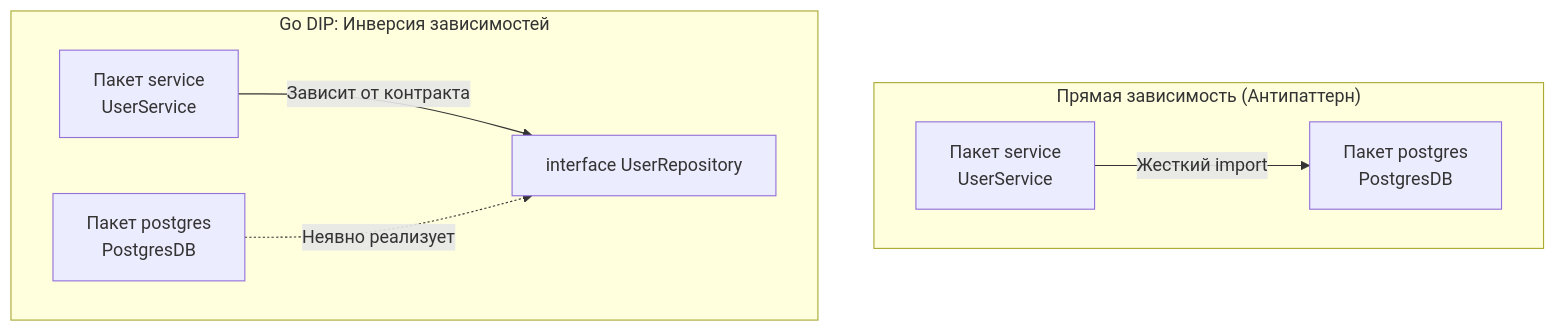
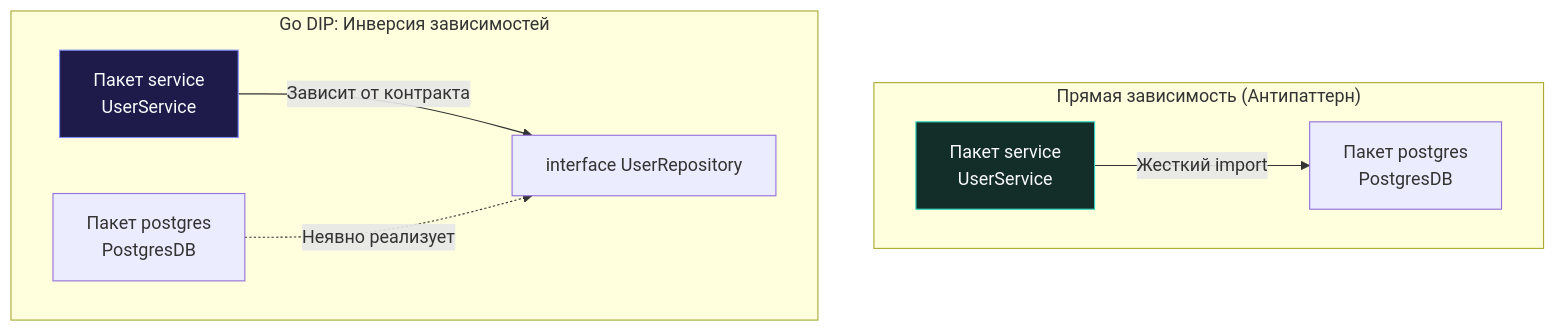
The diagram in sources/4. История и философия Go/17. SOLID в мире Go. Что осталось, а что изменилось.md (UnrealTemplier/go-textbook), drawn with Mermaid before and after one commit. The commit also changed 1666 other files, not shown here.

First line of the commit message:
feat(mermaid): add semantic color classDef to 1369 colorless flowchart/graph diagrams

````diff
--- a/sources/4. История и философия Go/17. SOLID в мире Go. Что осталось, а что изменилось.md
+++ b/sources/4. История и философия Go/17. SOLID в мире Go. Что осталось, а что изменилось.md
@@ -115,11 +115,21 @@
 ```mermaid
 flowchart TD
+    classDef process  fill:#1e293b,stroke:#38bdf8,stroke-width:1px,color:#f8fafc
+    classDef success  fill:#064e3b,stroke:#34d399,stroke-width:1px,color:#f8fafc
+    classDef error    fill:#7f1d1d,stroke:#f87171,stroke-width:1px,color:#f8fafc
+    classDef warning  fill:#78350f,stroke:#fbbf24,stroke-width:1px,color:#f8fafc
+    classDef entry    fill:#1e3a5f,stroke:#38bdf8,stroke-width:2px,color:#f8fafc
+    classDef aux      fill:#334155,stroke:#64748b,stroke-width:1px,color:#f8fafc
+    classDef system   fill:#312e81,stroke:#a78bfa,stroke-width:1px,color:#f8fafc
+    classDef data     fill:#132d29,stroke:#2dd4bf,stroke-width:1px,color:#f8fafc
+    classDef network  fill:#881337,stroke:#fb7185,stroke-width:1px,color:#f8fafc
+    classDef accent   fill:#1e1b4b,stroke:#818cf8,stroke-width:1px,color:#f8fafc
     subgraph BAD_DESIGN ["Прямая зависимость (Антипаттерн)"]
-        A1["Пакет service<br>UserService"] -->|"Жесткий import"| B1["Пакет postgres<br>PostgresDB"]
+        A1["Пакет service<br>UserService"]:::data -->|"Жесткий import"| B1["Пакет postgres<br>PostgresDB"]
     end
 
     subgraph SOLID_GO ["Go DIP: Инверсия зависимостей"]
-        A2["Пакет service<br>UserService"] -->|"Зависит от контракта"| B2["interface UserRepository"]
+        A2["Пакет service<br>UserService"]:::accent -->|"Зависит от контракта"| B2["interface UserRepository"]
         C2["Пакет postgres<br>PostgresDB"] -.->|"Неявно реализует"| B2
     end
 ```
````
